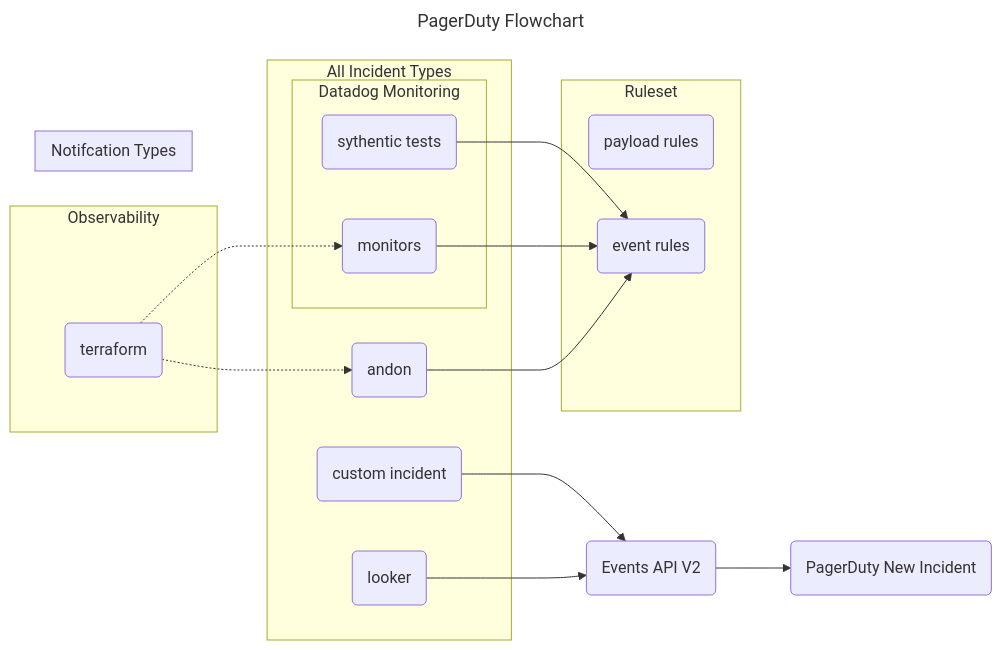
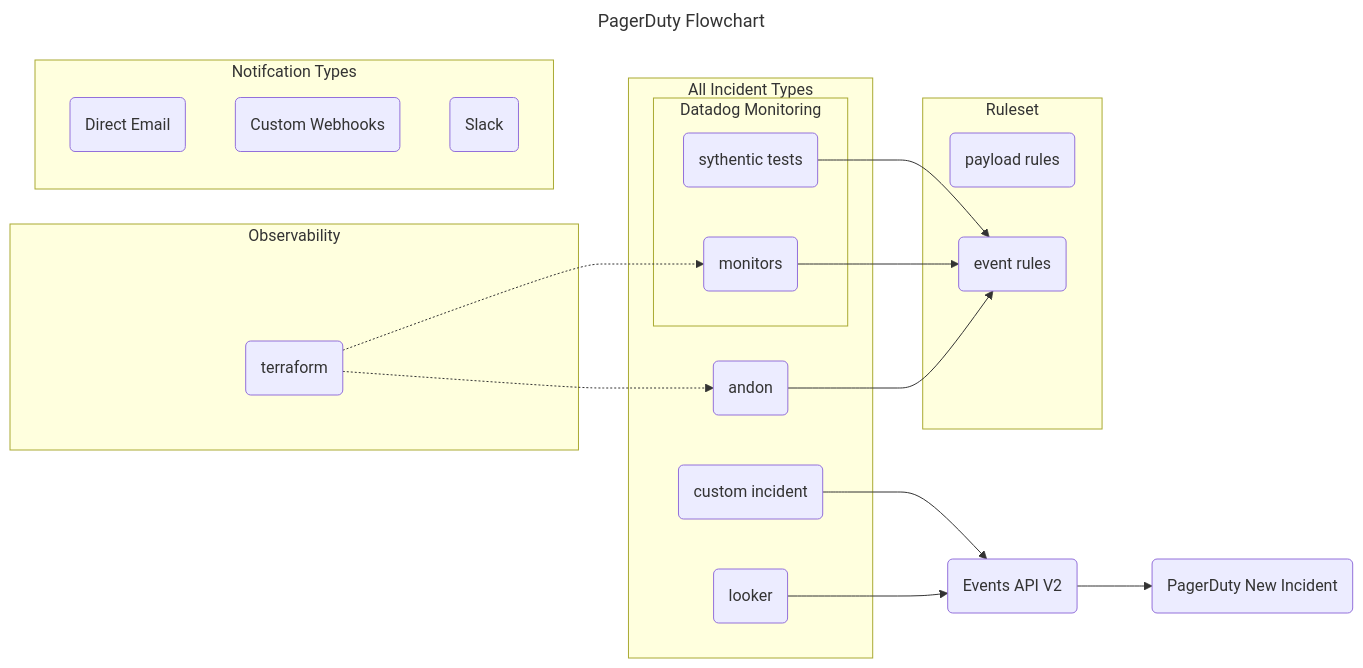
The diagram in diagrams/diagram2.mmd (jessicahirsch/Mermaid-Diagrams), drawn with Mermaid before and after one commit.

Commit message:
feat: entities in the Notification Types subgraph

```diff
--- a/diagrams/diagram2.mmd
+++ b/diagrams/diagram2.mmd
@@ -1,37 +1,40 @@
 ---
 title: PagerDuty Flowchart
 ---
 flowchart LR
 
 subgraph Observability
     A(terraform)
 end
 
 subgraph All Incident Types
     subgraph Datadog Monitoring
         B(sythentic tests)
         A(terraform)-.->C(monitors)
     end
     D(andon)
     A(terraform)-.->D(andon)
     E(custom incident)
     F(looker)
 end
 
 E(custom incident)-->G(Events API V2)
 F(looker)-->G(Events API 2)
 
 G(Events API V2)-->H(PagerDuty New Incident)
 
 subgraph Ruleset
     I(payload rules)
     B(sythentic tests)-->J(event rules)
     C(monitors)-->J(event rules)
     D(andon)-->J(event rules)
 end
 
 subgraph Notifcation Types
+    K(Direct Email)
+    L(Custom Webhooks)
+    M(Slack)
 end
 
 %% style A fill:#f9f,stroke:#333,stroke-width:4px
 %% style Observability font-weight:bold
```
